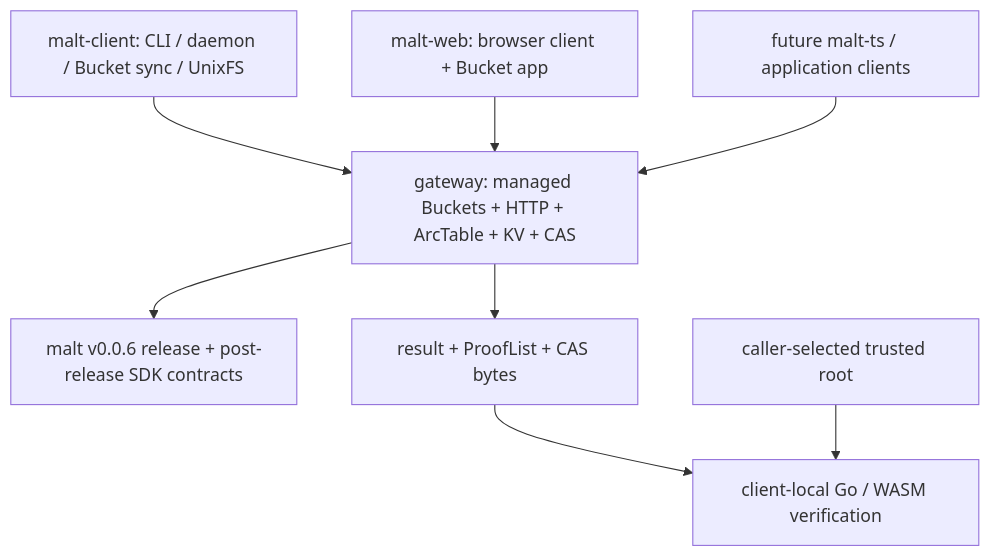
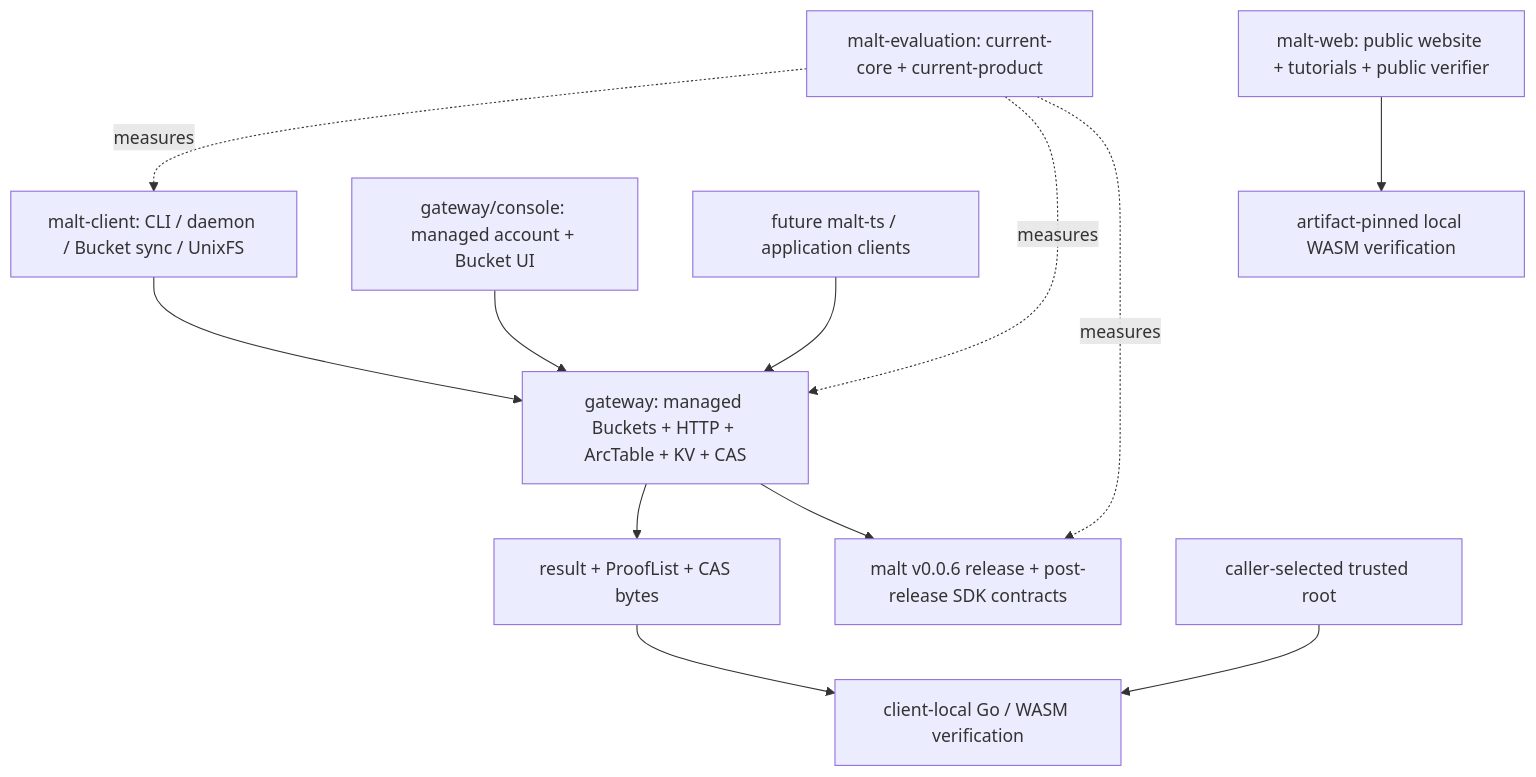
The diagram in profile/README.md (DeWebProtocol/.github), drawn with Mermaid before and after one commit. The commit also changed other lines of this file and 1 other file, not shown here.

````diff
--- a/profile/README.md
+++ b/profile/README.md
@@ -38,10 +40,14 @@
 ```mermaid
 flowchart TB
   native["malt-client: CLI / daemon / Bucket sync / UnixFS"] --> gateway["gateway: managed Buckets + HTTP + ArcTable + KV + CAS"]
-  web["malt-web: browser client + Bucket app"] --> gateway
+  console["gateway/console: managed account + Bucket UI"] --> gateway
   future["future malt-ts / application clients"] --> gateway
   gateway --> core["malt v0.0.6 release + post-release SDK contracts"]
   gateway --> result["result + ProofList + CAS bytes"]
   result --> local["client-local Go / WASM verification"]
   trusted["caller-selected trusted root"] --> local
+  web["malt-web: public website + tutorials + public verifier"] --> publicverify["artifact-pinned local WASM verification"]
+  evaluation["malt-evaluation: current-core + current-product"] -. measures .-> core
+  evaluation -. measures .-> gateway
+  evaluation -. measures .-> native
 ```
````
